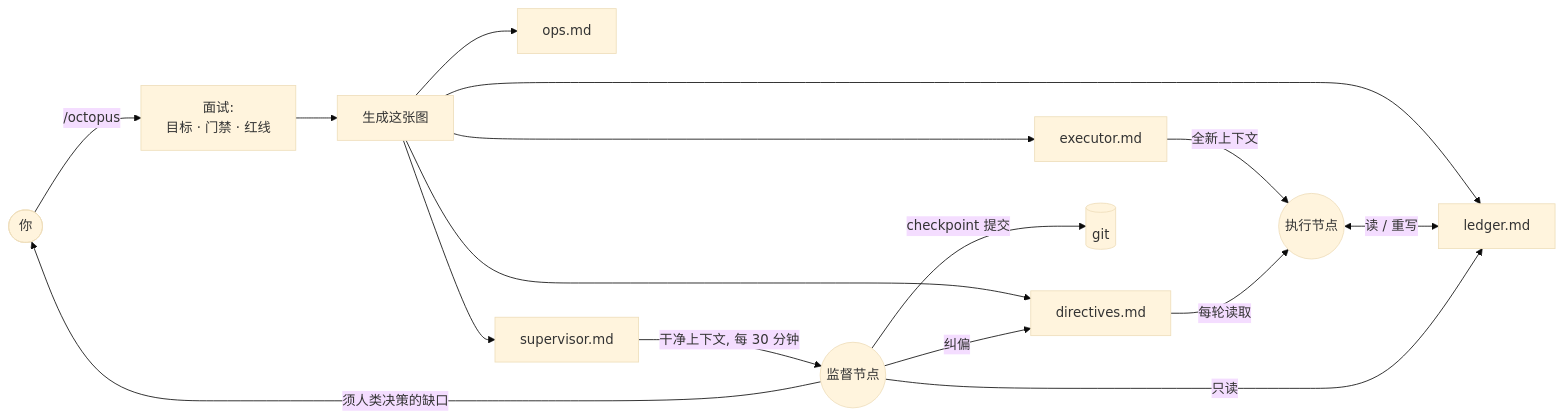
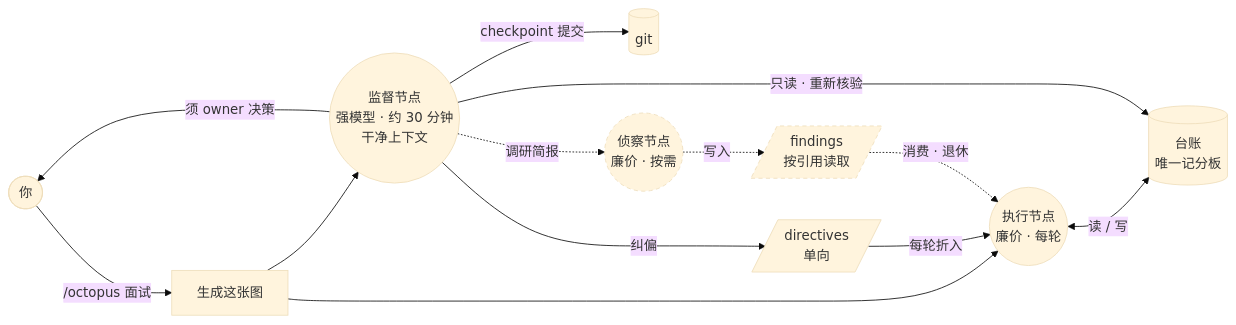
Before and after one commit to levi-qiao/loopkit: the diagram in skills/loop-graph/README.zh-CN.md, drawn with Mermaid (base theme). The commit also changed other lines of this file and 2 other files, not shown here.

Commit message:
docs(loop-graph): refresh the flow diagram (+ optional scout) and add scout-vs-subagent guidance
- README + README.zh-CN: redraw the mermaid graph — drop the file-generation
  fan-out noise, label nodes with model/cadence, and add the optional scout +
  findings edge as a dashed (optional) path. Net: more content, easier to read.
- scout.md: for the graph author, when to use a scout node vs a plain executor
  subagent (durable/auditable/off-critical-path → scout; quick throwaway → subagent).

````diff
--- a/skills/loop-graph/README.zh-CN.md
+++ b/skills/loop-graph/README.zh-CN.md
@@ -58,18 +58,19 @@
 ```mermaid
 flowchart LR
-    U([你]) -->|"/octopus"| I[面试:<br/>目标 · 门禁 · 红线]
-    I --> G[生成这张图]
-    G --> EX[executor.md]
-    G --> LG[ledger.md]
-    G --> DIR[directives.md]
-    G --> OPS[ops.md]
-    G --> SV[supervisor.md]
-    EX -->|全新上下文| EXE((执行节点))
-    EXE <-->|读 / 重写| LG
-    SV -->|干净上下文, 每 30 分钟| SUP((监督节点))
-    SUP -->|只读| LG
-    SUP -->|纠偏| DIR
-    DIR -->|每轮读取| EXE
+    U([你]) -->|"/octopus" 面试| G[生成这张图]
+    G --> EXE((执行节点<br/>廉价 · 每轮))
+    G --> SUP((监督节点<br/>强模型 · 约 30 分钟<br/>干净上下文))
+
+    EXE <-->|读 / 写| LG[(台账<br/>唯一记分板)]
+    SUP -->|只读 · 重新核验| LG
+    SUP -->|纠偏| DIR[/directives<br/>单向/]
+    DIR -->|每轮折入| EXE
     SUP -->|checkpoint 提交| GIT[(git)]
-    SUP -->|须人类决策的缺口| U
+    SUP -->|须 owner 决策| U
+
+    SUP -.->|调研简报| SC((侦察节点<br/>廉价 · 按需)):::opt
+    SC -.->|写入| FND[/findings<br/>按引用读取/]:::opt
+    FND -.->|消费 · 退休| EXE
+
+    classDef opt stroke-dasharray:5 4;
 ```
````
